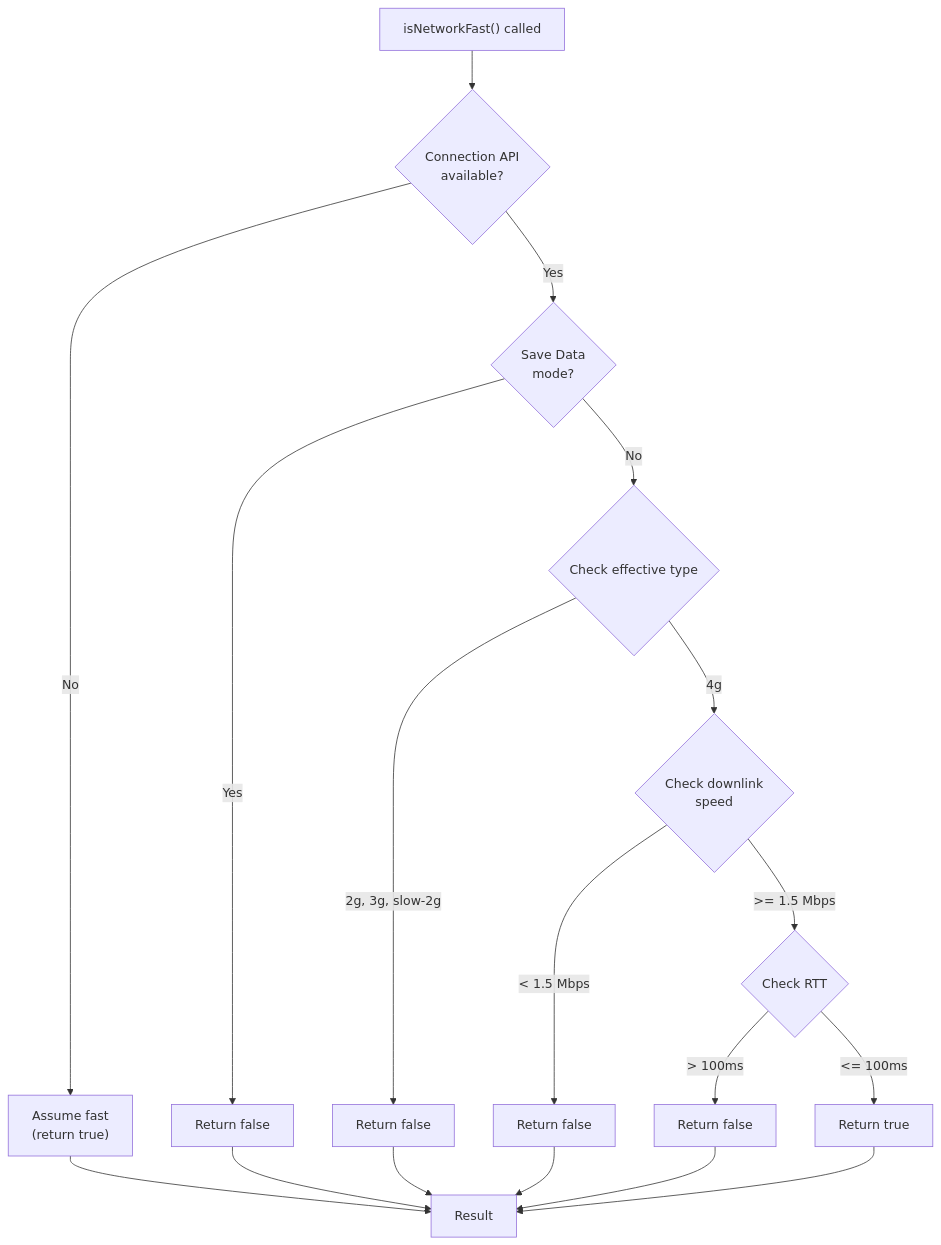
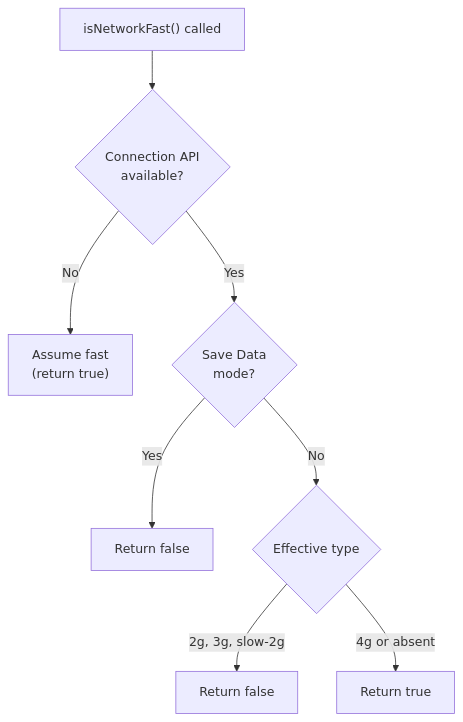
One commit to AlexJSully/AlexJSully-Portfolio changed the diagram in docs/architecture/utils.md. Above: the diagram before and after it, drawn with Mermaid. The commit also changed other lines of this file and 124 other files, not shown here.

````diff
--- a/docs/architecture/utils.md
+++ b/docs/architecture/utils.md
@@ -38,22 +48,12 @@
 ```mermaid
 flowchart TD
     accTitle: Network Speed Detection Decision Tree
-    accDescr: Decision tree showing how isNetworkFast checks Connection API availability, save data mode, network type, downlink speed, and RTT to determine if network is fast enough for video autoplay
+    accDescr: Decision tree showing how isNetworkFast checks Connection API availability, save data mode, and the effective connection type to determine if the network is fast enough for video autoplay
     A["isNetworkFast() called"] --> B{"Connection API<br/>available?"}
     B -->|No| C["Assume fast<br/>(return true)"]
     B -->|Yes| D{"Save Data<br/>mode?"}
     D -->|Yes| E["Return false"]
-    D -->|No| F{"Check effective type"}
+    D -->|No| F{"Effective type"}
     F -->|2g, 3g, slow-2g| G["Return false"]
-    F -->|4g| H{"Check downlink<br/>speed"}
-    H -->|< 1.5 Mbps| I["Return false"]
-    H -->|>= 1.5 Mbps| J{"Check RTT"}
-    J -->|> 100ms| K["Return false"]
-    J -->|<= 100ms| L["Return true"]
-    C --> M["Result"]
-    E --> M
-    G --> M
-    I --> M
-    K --> M
-    L --> M
+    F -->|4g or absent| H["Return true"]
 ```
````
